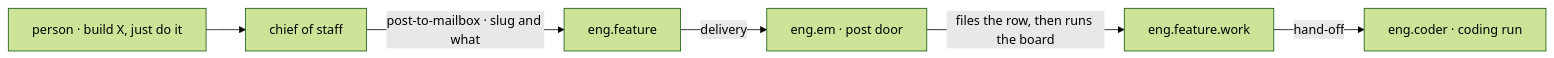
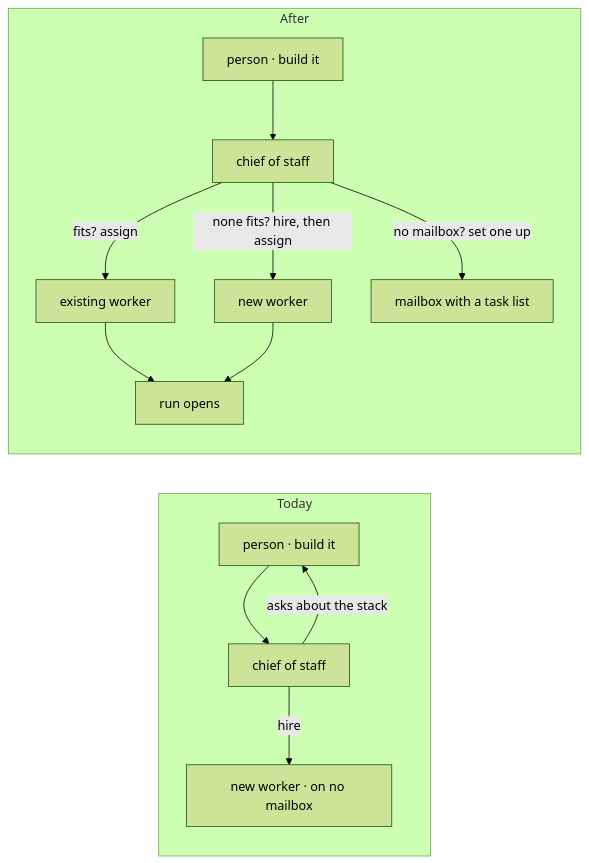
One commit to fixpoint-labs/flow-state-dev changed the second of 2 diagrams in specs/issues/FIX-1774/SPEC.md. Above: the diagram before and after it, drawn with Mermaid (forest theme). The commit also changed other lines of this file and 7 other files, not shown here.

First line of the commit message:
spec(FIX-1774): rework as the coordinator's behaviour — assign, else hire then assign, else set up a mailbox

````diff
--- a/specs/issues/FIX-1774/SPEC.md
+++ b/specs/issues/FIX-1774/SPEC.md
@@ -92,8 +56,16 @@
 ```mermaid
 flowchart LR
-  P["person · build X, just do it"] --> C["chief of staff"]
-  C -->|"post-to-mailbox · slug and what"| M["eng.feature"]
-  M -->|"delivery"| E["eng.em · post door"]
-  E -->|"files the row, then runs the board"| B["eng.feature.work"]
-  B -->|"hand-off"| K["eng.coder · coding run"]
+  subgraph today["Today"]
+    P1["person · build it"] --> C1["chief of staff"]
+    C1 -->|"hire"| H1["new worker · on no mailbox"]
+    C1 -->|"asks about the stack"| P1
+  end
+  subgraph after["After"]
+    P2["person · build it"] --> C2["chief of staff"]
+    C2 -->|"fits? assign"| W["existing worker"]
+    C2 -->|"none fits? hire, then assign"| H2["new worker"]
+    C2 -->|"no mailbox? set one up"| M["mailbox with a task list"]
+    W --> R["run opens"]
+    H2 --> R
+  end
 ```
````
